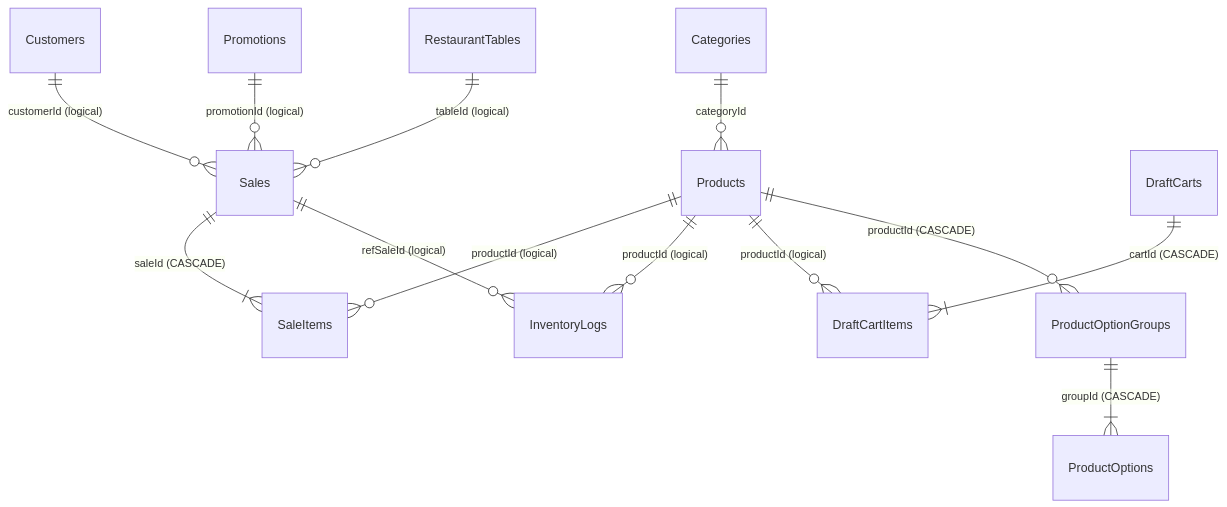
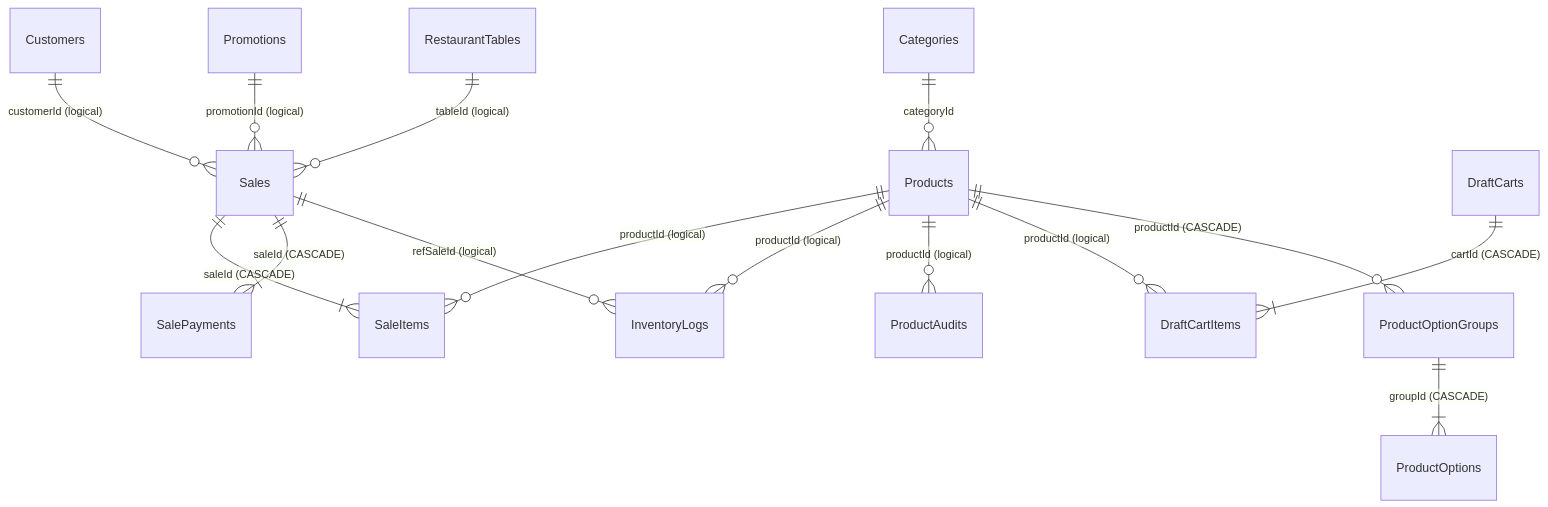
One commit to MN-Lizard-Team/promsell-pos-ce changed the diagram in docs/DATABASE.md. Above: the diagram before and after it, drawn with Mermaid. The commit also changed other lines of this file and 743 other files, not shown here.

````diff
--- a/docs/DATABASE.md
+++ b/docs/DATABASE.md
@@ -28,15 +28,17 @@
 ```mermaid
 erDiagram
     Categories ||--o{ Products : "categoryId"
     Sales ||--|{ SaleItems : "saleId (CASCADE)"
+    Sales ||--|{ SalePayments : "saleId (CASCADE)"
     Products ||--o{ SaleItems : "productId (logical)"
     Products ||--o{ InventoryLogs : "productId (logical)"
+    Products ||--o{ ProductAudits : "productId (logical)"
     Sales ||--o{ InventoryLogs : "refSaleId (logical)"
     DraftCarts ||--|{ DraftCartItems : "cartId (CASCADE)"
     Products ||--o{ DraftCartItems : "productId (logical)"
     Products ||--o{ ProductOptionGroups : "productId (CASCADE)"
     ProductOptionGroups ||--|{ ProductOptions : "groupId (CASCADE)"
     Customers ||--o{ Sales : "customerId (logical)"
     Promotions ||--o{ Sales : "promotionId (logical)"
     RestaurantTables ||--o{ Sales : "tableId (logical)"
 ```
````
